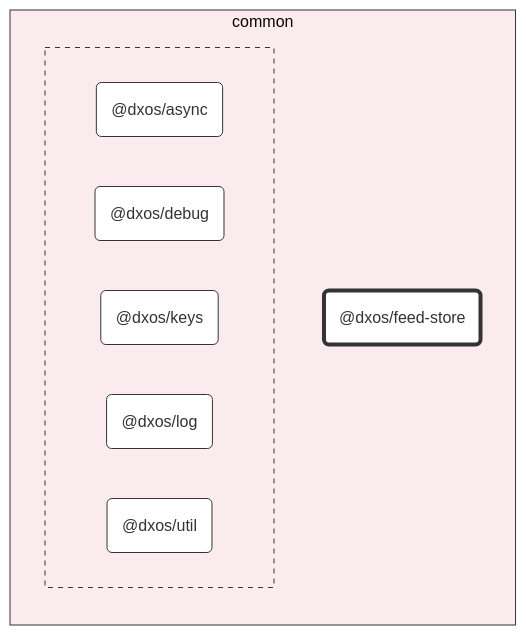
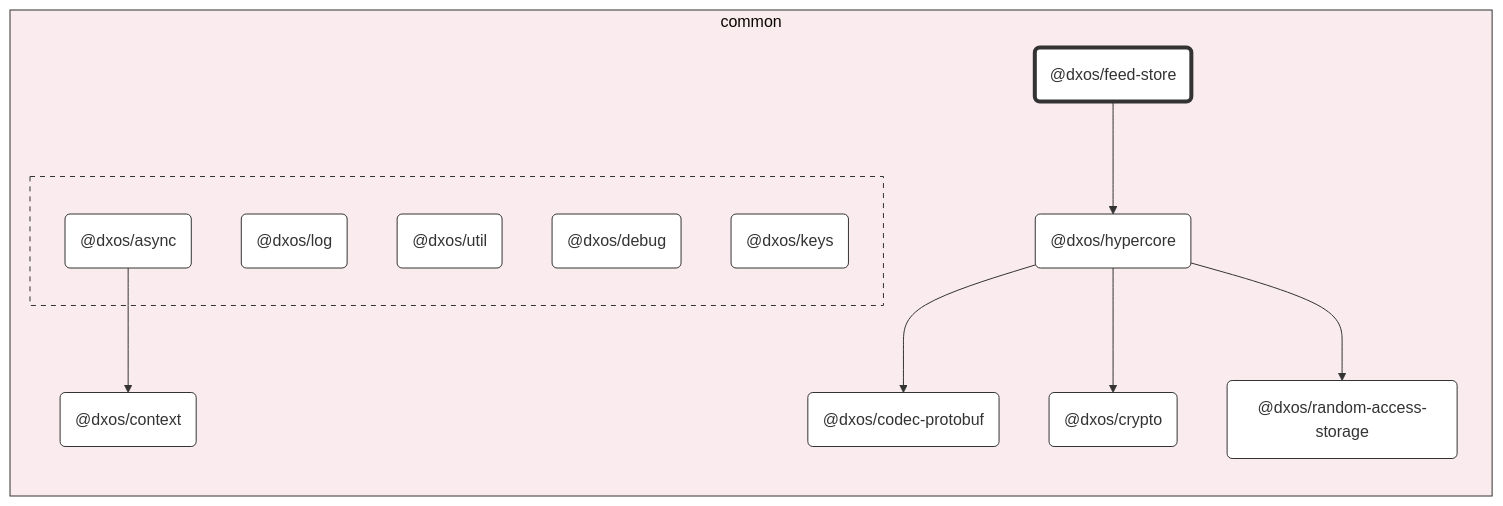
Before and after one commit to dxos/dxos: the diagram in packages/common/feed-store/docs/README.md, drawn with Mermaid (base theme). The commit also changed other lines of this file and 95 other files, not shown here.

Commit message:
Class diagrams.

````diff
--- a/packages/common/feed-store/docs/README.md
+++ b/packages/common/feed-store/docs/README.md
@@ -7,34 +7,49 @@
 ```mermaid
 %%{ init: {'flowchart':{'curve':'basis'}} }%%
 
 flowchart LR
 
 %% Classes
 classDef def fill:#fff,stroke:#333,stroke-width:1px
 classDef root fill:#fff,stroke:#333,stroke-width:4px
 
 %% Nodes
 
 subgraph common [common]
   style common fill:#faebee,stroke:#333
   dxos/feed-store("@dxos/feed-store"):::root
   click dxos/feed-store "dxos/dxos/tree/main/packages/common/feed-store/docs"
+  dxos/context("@dxos/context"):::def
+  click dxos/context "dxos/dxos/tree/main/packages/common/context/docs"
+  dxos/codec-protobuf("@dxos/codec-protobuf"):::def
+  click dxos/codec-protobuf "dxos/dxos/tree/main/packages/common/codec-protobuf/docs"
+  dxos/crypto("@dxos/crypto"):::def
+  click dxos/crypto "dxos/dxos/tree/main/packages/common/crypto/docs"
+  dxos/hypercore("@dxos/hypercore"):::def
+  click dxos/hypercore "dxos/dxos/tree/main/packages/common/hypercore/docs"
+  dxos/random-access-storage("@dxos/random-access-storage"):::def
+  click dxos/random-access-storage "dxos/dxos/tree/main/packages/common/random-access-storage/docs"
 
   subgraph _ [ ]
     style _ fill:#faebee,stroke:#333,stroke-dasharray:5 5
     dxos/async("@dxos/async"):::def
     click dxos/async "dxos/dxos/tree/main/packages/common/async/docs"
+    dxos/log("@dxos/log"):::def
+    click dxos/log "dxos/dxos/tree/main/packages/common/log/docs"
+    dxos/util("@dxos/util"):::def
+    click dxos/util "dxos/dxos/tree/main/packages/common/util/docs"
     dxos/debug("@dxos/debug"):::def
     click dxos/debug "dxos/dxos/tree/main/packages/common/debug/docs"
     dxos/keys("@dxos/keys"):::def
     click dxos/keys "dxos/dxos/tree/main/packages/common/keys/docs"
-    dxos/log("@dxos/log"):::def
-    click dxos/log "dxos/dxos/tree/main/packages/common/log/docs"
-    dxos/util("@dxos/util"):::def
-    click dxos/util "dxos/dxos/tree/main/packages/common/util/docs"
   end
 end
 
 %% Links
 linkStyle default stroke:#333,stroke-width:1px
+dxos/async --> dxos/context
+dxos/feed-store --> dxos/hypercore
+dxos/hypercore --> dxos/codec-protobuf
+dxos/hypercore --> dxos/crypto
+dxos/hypercore --> dxos/random-access-storage
 ```
````
